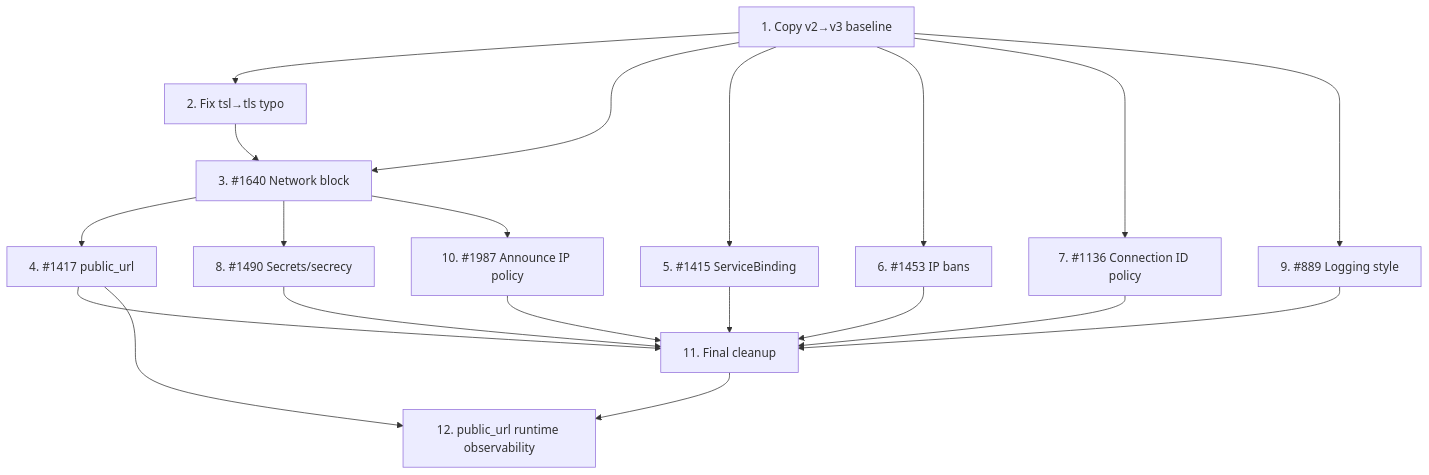
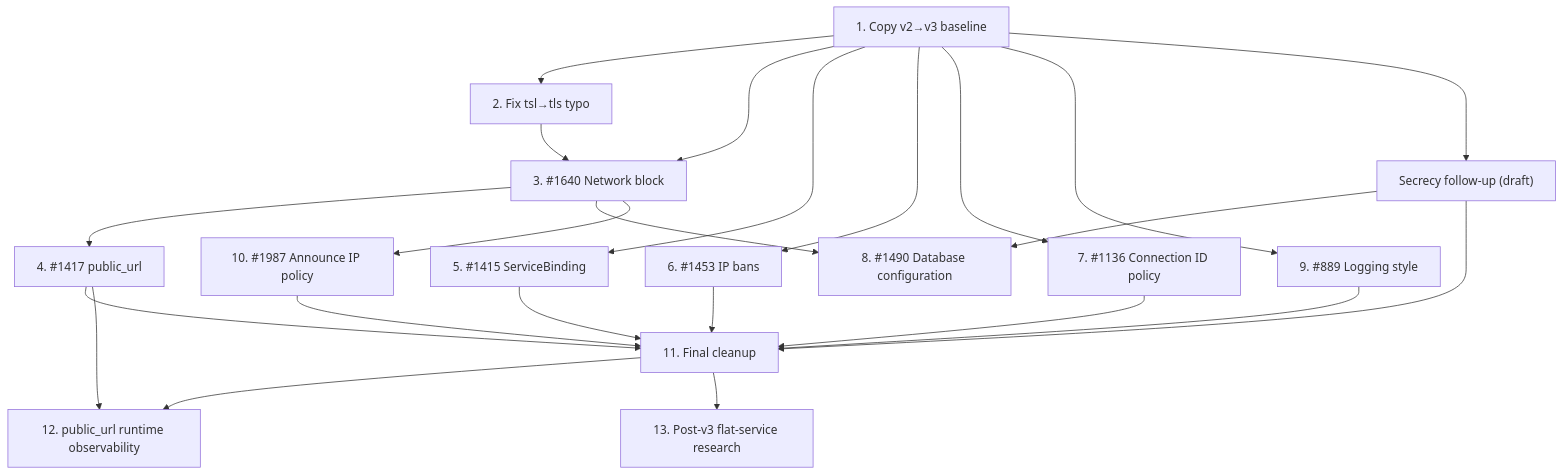
One commit to torrust/torrust-tracker changed the diagram in docs/issues/open/1978-configuration-overhaul-epic/EPIC.md. Above: the diagram before and after it, drawn with Mermaid. The commit also changed other lines of this file and 7 other files, not shown here.

Commit message:
docs(issues): split database and secrecy planning

````diff
--- a/docs/issues/open/1978-configuration-overhaul-epic/EPIC.md
+++ b/docs/issues/open/1978-configuration-overhaul-epic/EPIC.md
@@ -108,22 +119,25 @@
 ```mermaid
 graph TD
     sub1["1. Copy v2→v3 baseline"] --> sub2["2. Fix tsl→tls typo"]
     sub1 --> sub3["3. #1640 Network block"]
     sub1 --> sub5["5. #1415 ServiceBinding"]
     sub1 --> sub6["6. #1453 IP bans"]
       sub1 --> sub7["7. #1136 Connection ID policy"]
       sub1 --> sub9["9. #889 Logging style"]
     sub2 --> sub3
     sub3 --> sub4["4. #1417 public_url"]
-      sub3 --> sub8["8. #1490 Secrets/secrecy"]
+      sub1 --> secrecy["Secrecy follow-up (draft)"]
+      sub3 --> sub8["8. #1490 Database configuration"]
+      secrecy --> sub8
       sub3 --> sub10["10. #1987 Announce IP policy"]
       sub4 --> sub11["11. Final cleanup"]
       sub5 --> sub11
       sub6 --> sub11
       sub7 --> sub11
-      sub8 --> sub11
+      secrecy --> sub11
       sub9 --> sub11
       sub10 --> sub11
       sub4 --> sub12["12. public_url runtime observability"]
       sub11 --> sub12
+      sub11 --> sub13["13. Post-v3 flat-service research"]
 ```
````
